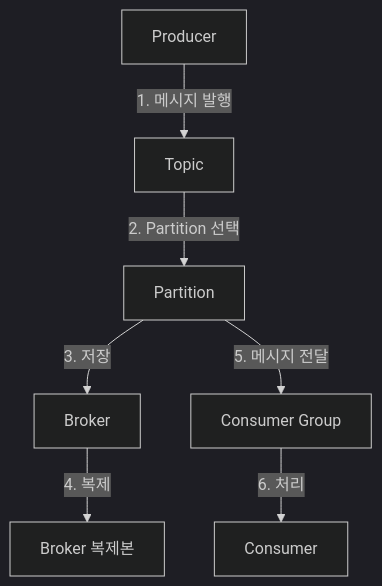
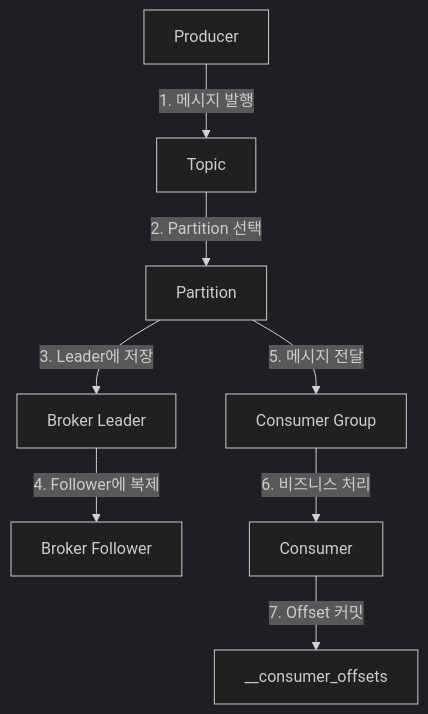
The fifth of 5 diagrams in content/ko/kafka/concepts/core-components.md (advanced-beginner/advanced-beginner.github.io), drawn with Mermaid (dark theme) before and after one commit. The commit also changed other lines of this file and 21 other files, not shown here.

````diff
--- a/content/ko/kafka/concepts/core-components.md
+++ b/content/ko/kafka/concepts/core-components.md
@@ -469,9 +281,10 @@
 ```mermaid
 flowchart TB
     P[Producer] -->|"1. 메시지 발행"| T[Topic]
     T -->|"2. Partition 선택"| Part[Partition]
-    Part -->|"3. 저장"| B[Broker]
-    B -->|"4. 복제"| B2[Broker 복제본]
+    Part -->|"3. Leader에 저장"| B[Broker Leader]
+    B -->|"4. Follower에 복제"| B2[Broker Follower]
     Part -->|"5. 메시지 전달"| CG[Consumer Group]
-    CG -->|"6. 처리"| C[Consumer]
+    CG -->|"6. 비즈니스 처리"| C[Consumer]
+    C -->|"7. Offset 커밋"| OS[__consumer_offsets]
 ```
````
